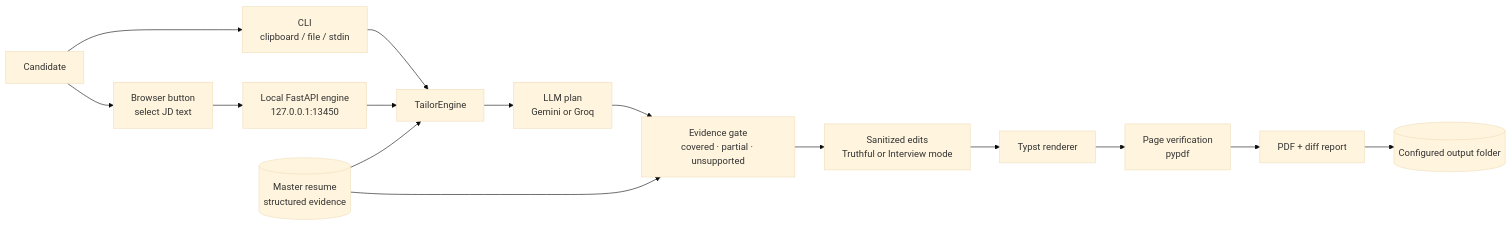
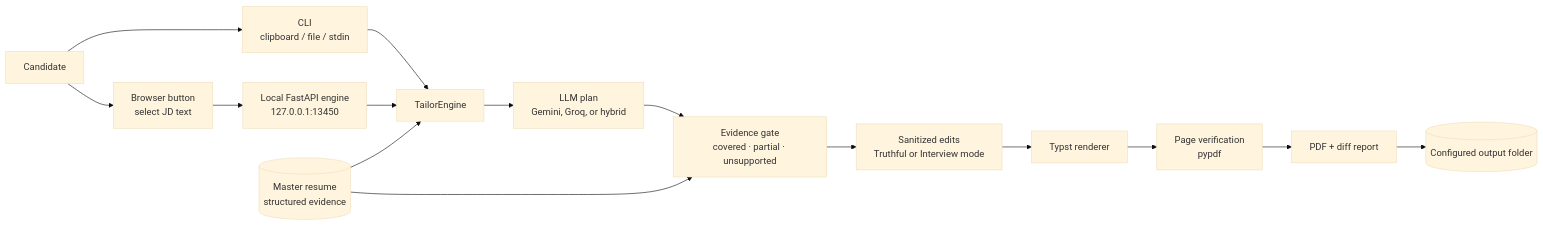
The diagram in README.md (PavanBollepalli/flash-resume), drawn with Mermaid (base theme) before and after one commit. The commit also changed other lines of this file and 22 other files, not shown here.

````diff
--- a/README.md
+++ b/README.md
@@ -397,19 +423,19 @@
 ```mermaid
 flowchart LR
     USER["Candidate"] --> BROWSER["Browser button<br/>select JD text"]
     USER --> CLI["CLI<br/>clipboard / file / stdin"]
 
     BROWSER --> API["Local FastAPI engine<br/>127.0.0.1:13450"]
     CLI --> PIPELINE["TailorEngine"]
     API --> PIPELINE
 
     RESUME[("Master resume<br/>structured evidence")] --> PIPELINE
-    PIPELINE --> PLAN["LLM plan<br/>Gemini or Groq"]
+    PIPELINE --> PLAN["LLM plan<br/>Gemini, Groq, or hybrid"]
     PLAN --> GATE["Evidence gate<br/>covered · partial · unsupported"]
     RESUME --> GATE
     GATE --> EDITS["Sanitized edits<br/>Truthful or Interview mode"]
     EDITS --> RENDER["Typst renderer"]
     RENDER --> VERIFY["Page verification<br/>pypdf"]
     VERIFY --> OUTPUT["PDF + diff report"]
     OUTPUT --> FOLDER[("Configured output folder")]
 ```
````
